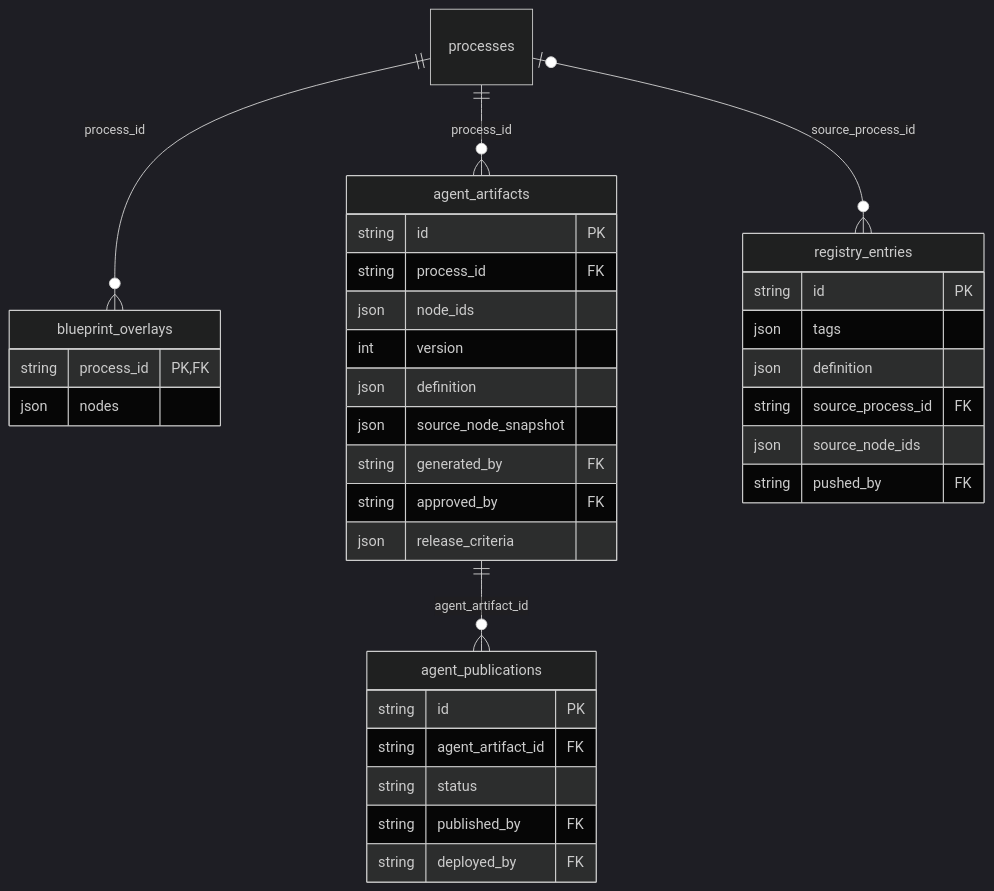
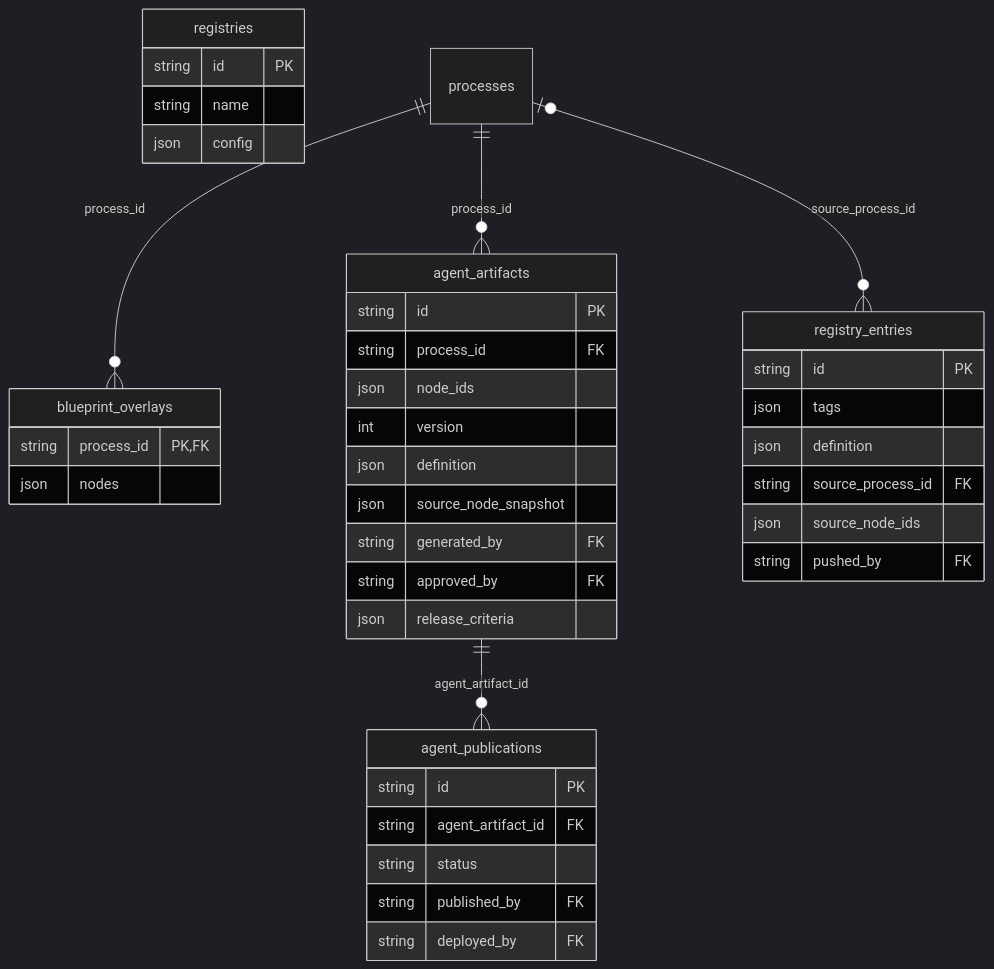
The second of 8 diagrams in docs/wiki/Data-Model.md (jayendukumar/agentify), drawn with Mermaid (dark theme) before and after one commit. The commit also changed other lines of this file and 37 other files, not shown here.

````diff
--- a/docs/wiki/Data-Model.md
+++ b/docs/wiki/Data-Model.md
@@ -158,38 +159,43 @@
 ```mermaid
 erDiagram
     blueprint_overlays {
         string process_id PK,FK
         json nodes
     }
     agent_artifacts {
         string id PK
         string process_id FK
         json node_ids
         int version
         json definition
         json source_node_snapshot
         string generated_by FK
         string approved_by FK
         json release_criteria
+    }
+    registries {
+        string id PK
+        string name
+        json config
     }
     registry_entries {
         string id PK
         json tags
         json definition
         string source_process_id FK
         json source_node_ids
         string pushed_by FK
     }
     agent_publications {
         string id PK
         string agent_artifact_id FK
         string status
         string published_by FK
         string deployed_by FK
     }
     processes { }
     processes ||--o{ blueprint_overlays : "process_id"
     processes ||--o{ agent_artifacts : "process_id"
     processes o|--o{ registry_entries : "source_process_id"
     agent_artifacts ||--o{ agent_publications : "agent_artifact_id"
 ```
````
